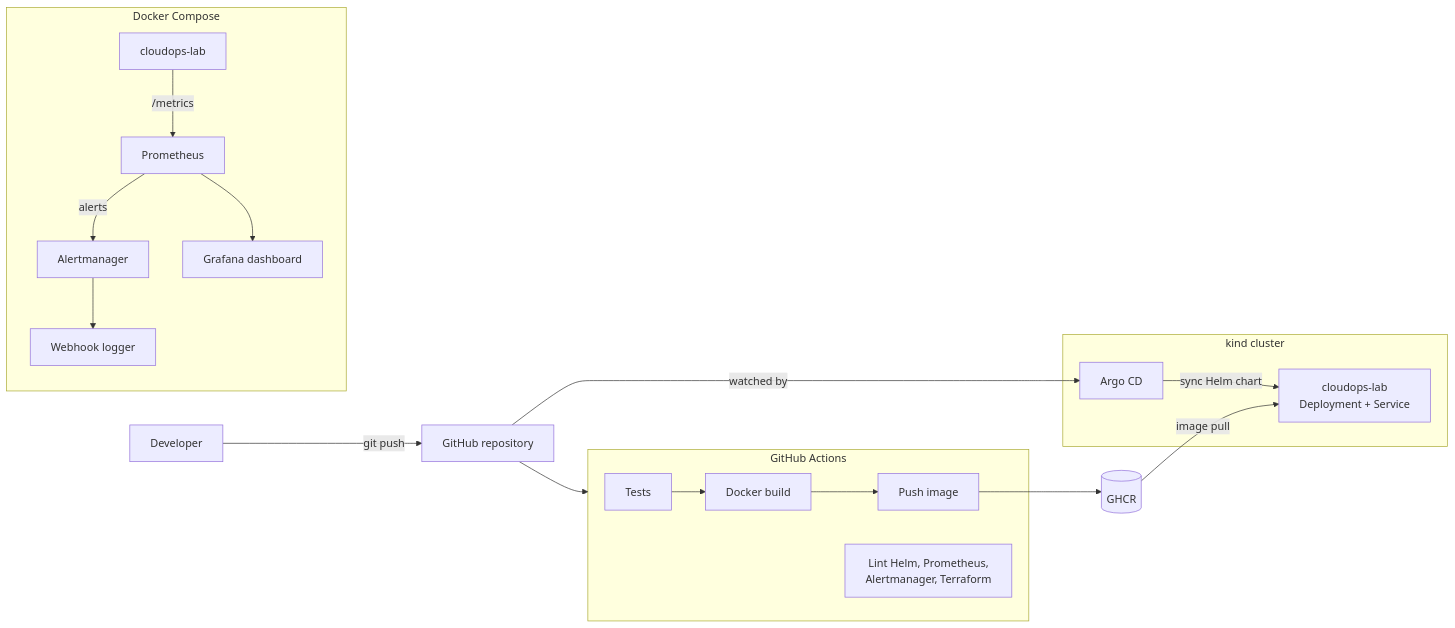
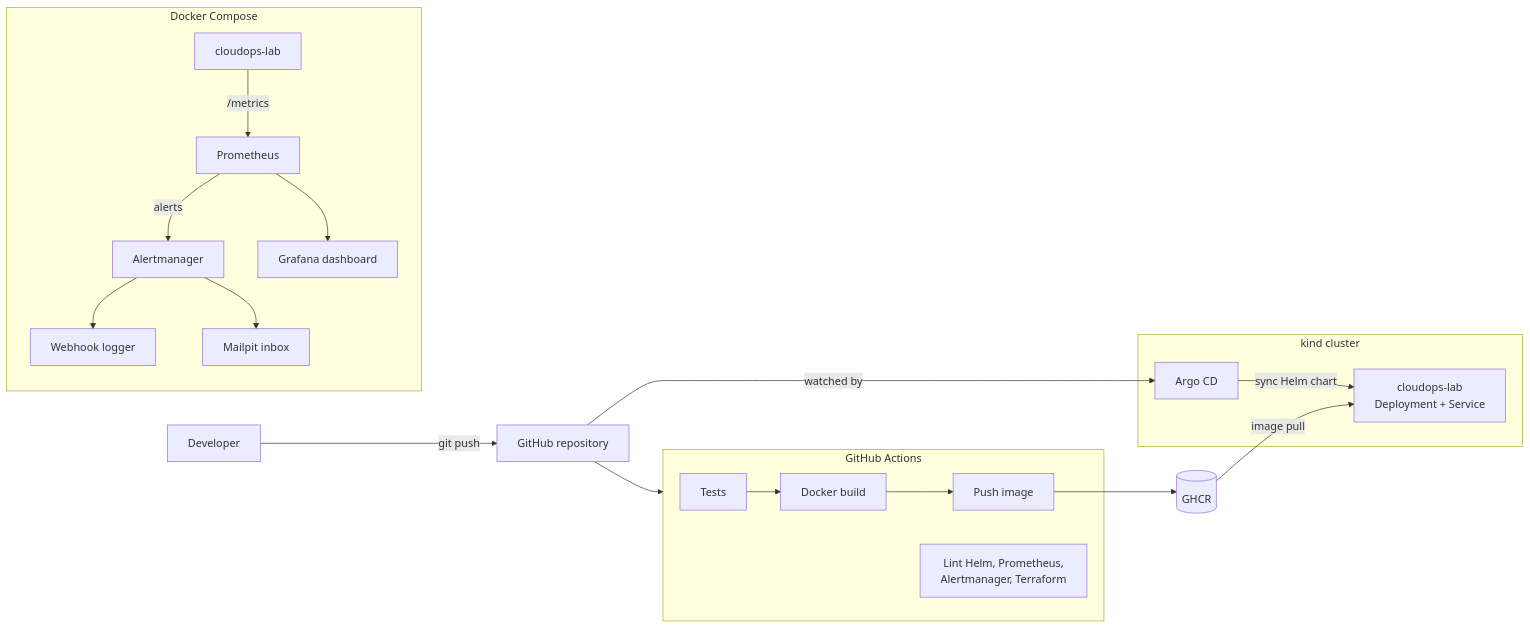
The diagram in README.md (mbanovic20/cloudops-lab), drawn with Mermaid before and after one commit. The commit also changed other lines of this file and 2 other files, not shown here.

First line of the commit message:
Send alert notifications by e-mail to Mailpit

````diff
--- a/README.md
+++ b/README.md
@@ -11,23 +11,24 @@
 ```mermaid
 flowchart LR
     dev[Developer] -->|git push| gh[GitHub repository]
 
     subgraph ci[GitHub Actions]
         test[Tests] --> build[Docker build] --> publish[Push image]
         validate[Lint Helm, Prometheus,<br/>Alertmanager, Terraform]
     end
     gh --> ci
     publish --> ghcr[(GHCR)]
 
     subgraph k8s[kind cluster]
         argo[Argo CD] -->|sync Helm chart| app[cloudops-lab<br/>Deployment + Service]
     end
     gh -->|watched by| argo
     ghcr -->|image pull| app
 
     subgraph mon[Docker Compose]
         capp[cloudops-lab] -->|/metrics| prom[Prometheus]
         prom -->|alerts| am[Alertmanager] --> hook[Webhook logger]
+        am --> mail[Mailpit inbox]
         prom --> graf[Grafana dashboard]
     end
 ```
````
